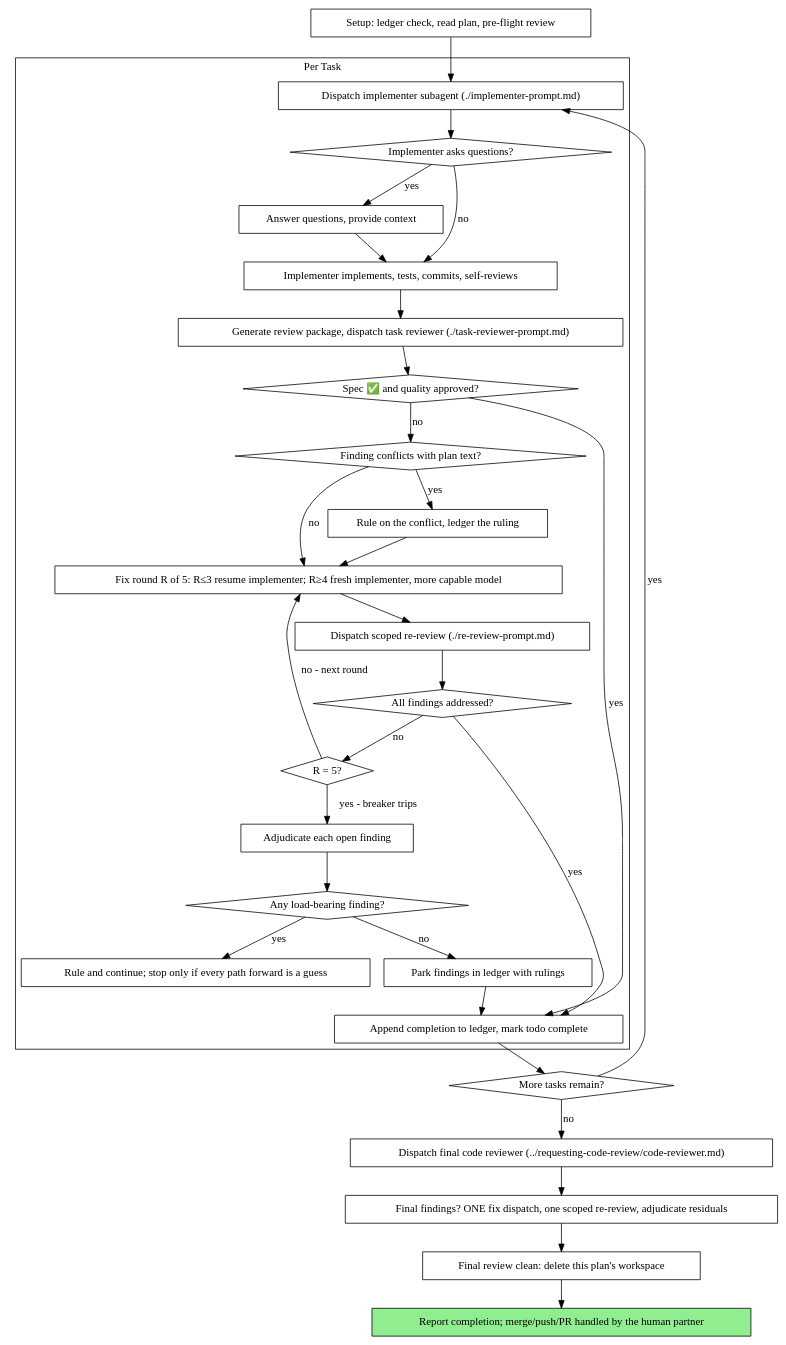
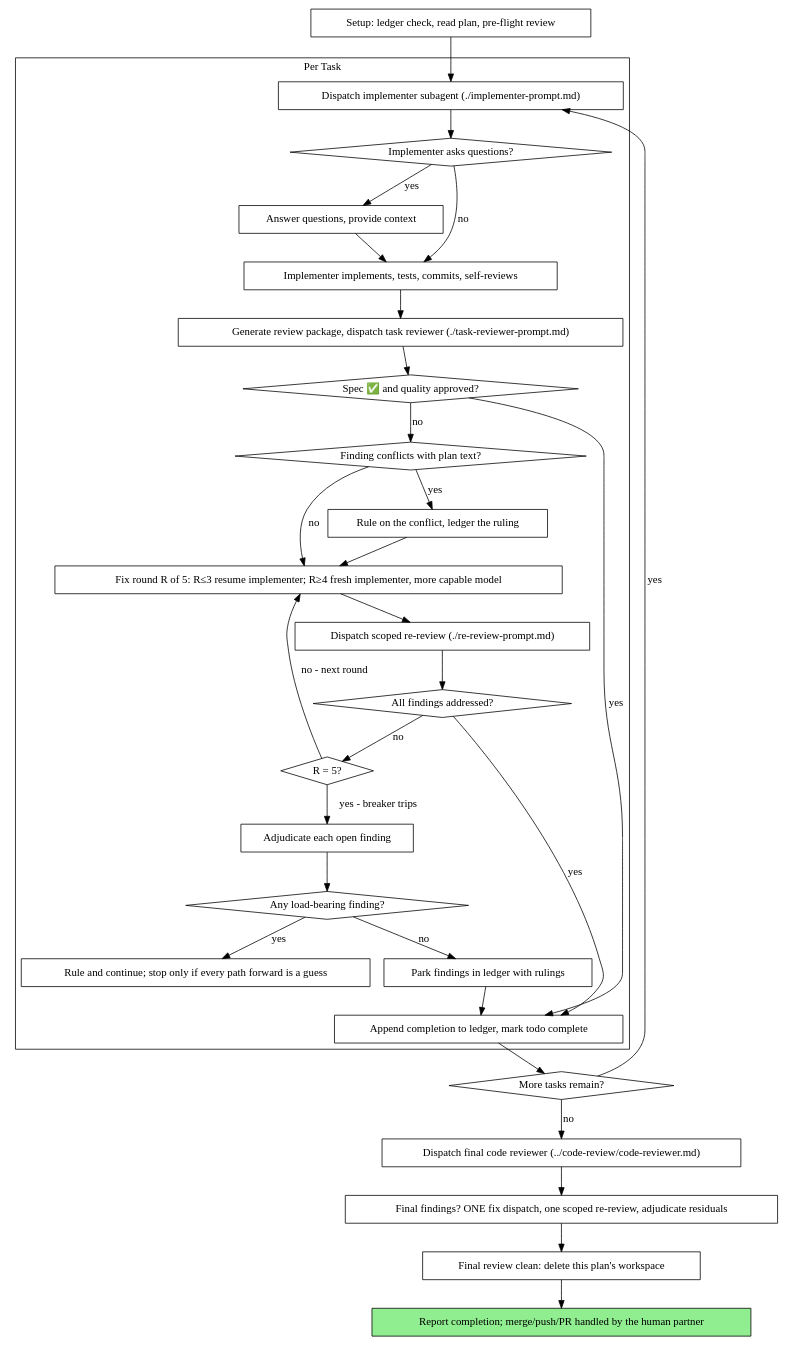
The second of 2 diagrams in skills/subagent-driven-development/SKILL.md (yfx2726269/superpowers), drawn with Graphviz before and after one commit. The commit also changed other lines of this file and 5 other files, not shown here.

Commit message:
feat: 合并 review skill 为纯 code-review(去 git,oracle 路由)

````diff
--- a/skills/subagent-driven-development/SKILL.md
+++ b/skills/subagent-driven-development/SKILL.md
@@ -69,62 +69,62 @@
 ```dot
 digraph process {
     rankdir=TB;
 
     subgraph cluster_per_task {
         label="Per Task";
         "Dispatch implementer subagent (./implementer-prompt.md)" [shape=box];
         "Implementer asks questions?" [shape=diamond];
         "Answer questions, provide context" [shape=box];
         "Implementer implements, tests, commits, self-reviews" [shape=box];
         "Generate review package, dispatch task reviewer (./task-reviewer-prompt.md)" [shape=box];
         "Spec ✅ and quality approved?" [shape=diamond];
         "Finding conflicts with plan text?" [shape=diamond];
         "Rule on the conflict, ledger the ruling" [shape=box];
         "Fix round R of 5: R≤3 resume implementer; R≥4 fresh implementer, more capable model" [shape=box];
         "Dispatch scoped re-review (./re-review-prompt.md)" [shape=box];
         "All findings addressed?" [shape=diamond];
         "R = 5?" [shape=diamond];
         "Adjudicate each open finding" [shape=box];
         "Any load-bearing finding?" [shape=diamond];
         "Rule and continue; stop only if every path forward is a guess" [shape=box];
         "Park findings in ledger with rulings" [shape=box];
         "Append completion to ledger, mark todo complete" [shape=box];
     }
 
     "Setup: ledger check, read plan, pre-flight review" [shape=box];
     "More tasks remain?" [shape=diamond];
-    "Dispatch final code reviewer (../requesting-code-review/code-reviewer.md)" [shape=box];
+    "Dispatch final code reviewer (../code-review/code-reviewer.md)" [shape=box];
     "Final findings? ONE fix dispatch, one scoped re-review, adjudicate residuals" [shape=box];
     "Final review clean: delete this plan's workspace" [shape=box];
     "Report completion; merge/push/PR handled by the human partner" [shape=box style=filled fillcolor=lightgreen];
 
     "Setup: ledger check, read plan, pre-flight review" -> "Dispatch implementer subagent (./implementer-prompt.md)";
     "Dispatch implementer subagent (./implementer-prompt.md)" -> "Implementer asks questions?";
     "Implementer asks questions?" -> "Answer questions, provide context" [label="yes"];
     "Answer questions, provide context" -> "Implementer implements, tests, commits, self-reviews";
     "Implementer asks questions?" -> "Implementer implements, tests, commits, self-reviews" [label="no"];
     "Implementer implements, tests, commits, self-reviews" -> "Generate review package, dispatch task reviewer (./task-reviewer-prompt.md)";
     "Generate review package, dispatch task reviewer (./task-reviewer-prompt.md)" -> "Spec ✅ and quality approved?";
     "Spec ✅ and quality approved?" -> "Append completion to ledger, mark todo complete" [label="yes"];
     "Spec ✅ and quality approved?" -> "Finding conflicts with plan text?" [label="no"];
     "Finding conflicts with plan text?" -> "Rule on the conflict, ledger the ruling" [label="yes"];
     "Rule on the conflict, ledger the ruling" -> "Fix round R of 5: R≤3 resume implementer; R≥4 fresh implementer, more capable model";
     "Finding conflicts with plan text?" -> "Fix round R of 5: R≤3 resume implementer; R≥4 fresh implementer, more capable model" [label="no"];
     "Fix round R of 5: R≤3 resume implementer; R≥4 fresh implementer, more capable model" -> "Dispatch scoped re-review (./re-review-prompt.md)";
     "Dispatch scoped re-review (./re-review-prompt.md)" -> "All findings addressed?";
     "All findings addressed?" -> "Append completion to ledger, mark todo complete" [label="yes"];
     "All findings addressed?" -> "R = 5?" [label="no"];
     "R = 5?" -> "Fix round R of 5: R≤3 resume implementer; R≥4 fresh implementer, more capable model" [label="no - next round"];
     "R = 5?" -> "Adjudicate each open finding" [label="yes - breaker trips"];
     "Adjudicate each open finding" -> "Any load-bearing finding?";
     "Any load-bearing finding?" -> "Rule and continue; stop only if every path forward is a guess" [label="yes"];
     "Any load-bearing finding?" -> "Park findings in ledger with rulings" [label="no"];
     "Park findings in ledger with rulings" -> "Append completion to ledger, mark todo complete";
     "Append completion to ledger, mark todo complete" -> "More tasks remain?";
     "More tasks remain?" -> "Dispatch implementer subagent (./implementer-prompt.md)" [label="yes"];
-    "More tasks remain?" -> "Dispatch final code reviewer (../requesting-code-review/code-reviewer.md)" [label="no"];
-    "Dispatch final code reviewer (../requesting-code-review/code-reviewer.md)" -> "Final findings? ONE fix dispatch, one scoped re-review, adjudicate residuals";
+    "More tasks remain?" -> "Dispatch final code reviewer (../code-review/code-reviewer.md)" [label="no"];
+    "Dispatch final code reviewer (../code-review/code-reviewer.md)" -> "Final findings? ONE fix dispatch, one scoped re-review, adjudicate residuals";
     "Final findings? ONE fix dispatch, one scoped re-review, adjudicate residuals" -> "Final review clean: delete this plan's workspace";
     "Final review clean: delete this plan's workspace" -> "Report completion; merge/push/PR handled by the human partner";
 }
 ```
````
